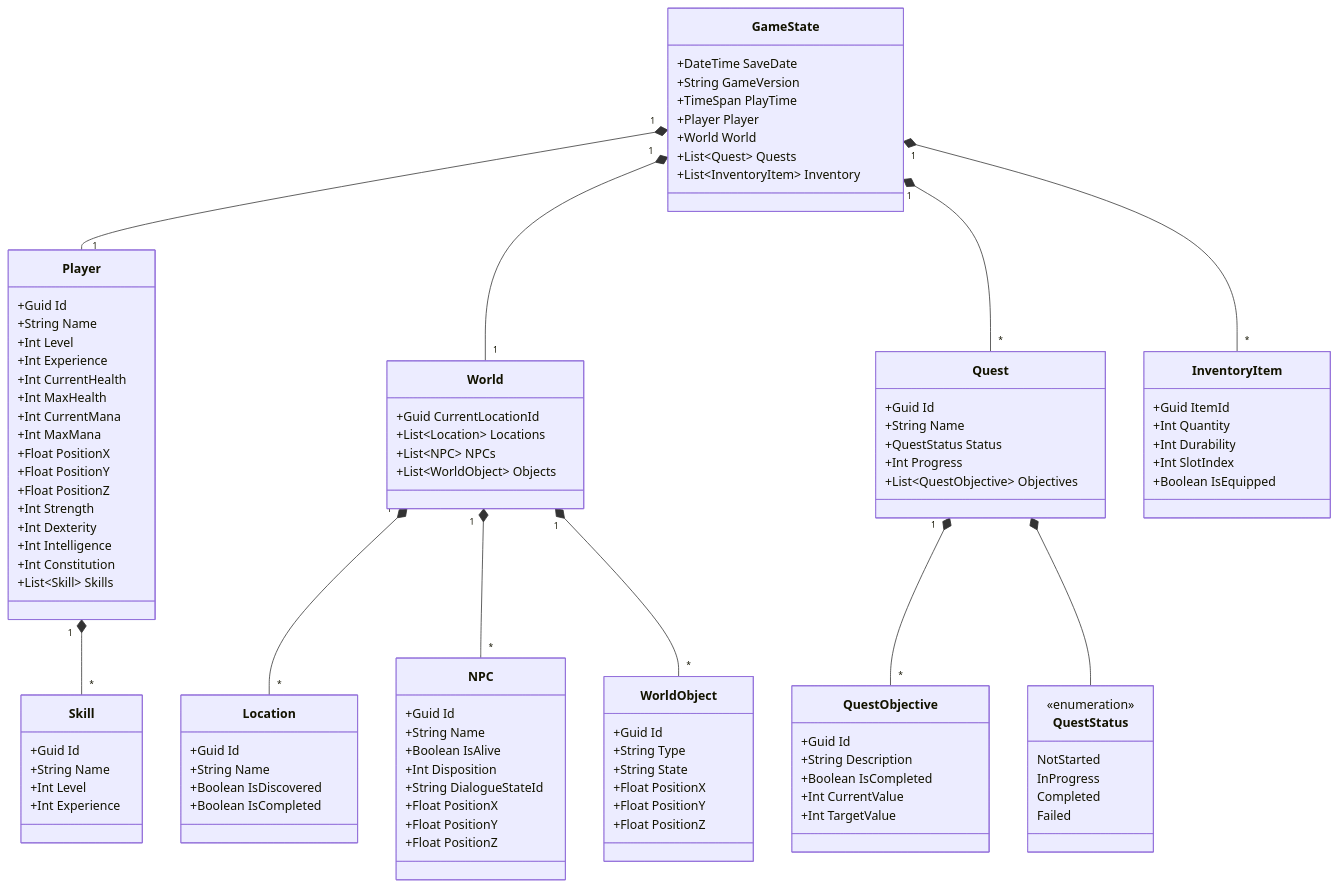
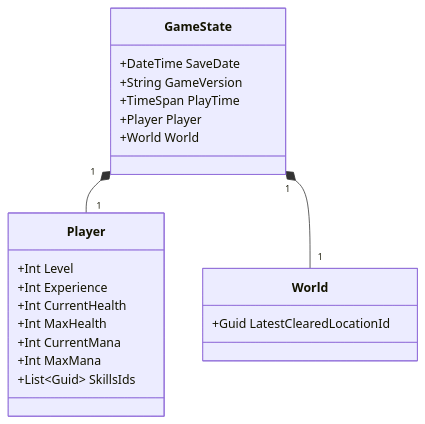
The diagram in docs/Persistent.md (d0rich/EchoReborn), drawn with Mermaid before and after one commit. The commit also changed other lines of this file, not shown here.

Commit message:
Reduce requirements to saves

````diff
--- a/docs/Persistent.md
+++ b/docs/Persistent.md
@@ -113,110 +41,22 @@
         +TimeSpan PlayTime
         +Player Player
         +World World
-        +List~Quest~ Quests
-        +List~InventoryItem~ Inventory
     }
 
     class Player {
-        +Guid Id
-        +String Name
         +Int Level
         +Int Experience
         +Int CurrentHealth
         +Int MaxHealth
         +Int CurrentMana
         +Int MaxMana
-        +Float PositionX
-        +Float PositionY
-        +Float PositionZ
-        +Int Strength
-        +Int Dexterity
-        +Int Intelligence
-        +Int Constitution
-        +List~Skill~ Skills
+        +List~Guid~ SkillsIds
     }
 
     class World {
-        +Guid CurrentLocationId
-        +List~Location~ Locations
-        +List~NPC~ NPCs
-        +List~WorldObject~ Objects
-    }
-
-    class Location {
-        +Guid Id
-        +String Name
-        +Boolean IsDiscovered
-        +Boolean IsCompleted
-    }
-
-    class NPC {
-        +Guid Id
-        +String Name
-        +Boolean IsAlive
-        +Int Disposition
-        +String DialogueStateId
-        +Float PositionX
-        +Float PositionY
-        +Float PositionZ
-    }
-
-    class WorldObject {
-        +Guid Id
-        +String Type
-        +String State
-        +Float PositionX
-        +Float PositionY
-        +Float PositionZ
-    }
-
-    class Quest {
-        +Guid Id
-        +String Name
-        +QuestStatus Status
-        +Int Progress
-        +List~QuestObjective~ Objectives
-    }
-
-    class QuestObjective {
-        +Guid Id
-        +String Description
-        +Boolean IsCompleted
-        +Int CurrentValue
-        +Int TargetValue
-    }
-
-    class InventoryItem {
-        +Guid ItemId
-        +Int Quantity
-        +Int Durability
-        +Int SlotIndex
-        +Boolean IsEquipped
-    }
-
-    class Skill {
-        +Guid Id
-        +String Name
-        +Int Level
-        +Int Experience
-    }
-
-    class QuestStatus {
-        <<enumeration>>
-        NotStarted
-        InProgress
-        Completed
-        Failed
+        +Guid LatestClearedLocationId
     }
 
     GameState "1" *-- "1" Player
     GameState "1" *-- "1" World
-    GameState "1" *-- "*" Quest
-    GameState "1" *-- "*" InventoryItem
-    Player "1" *-- "*" Skill
-    World "1" *-- "*" Location
-    World "1" *-- "*" NPC
-    World "1" *-- "*" WorldObject
-    Quest "1" *-- "*" QuestObjective
-    Quest *-- QuestStatus
 ```
````
